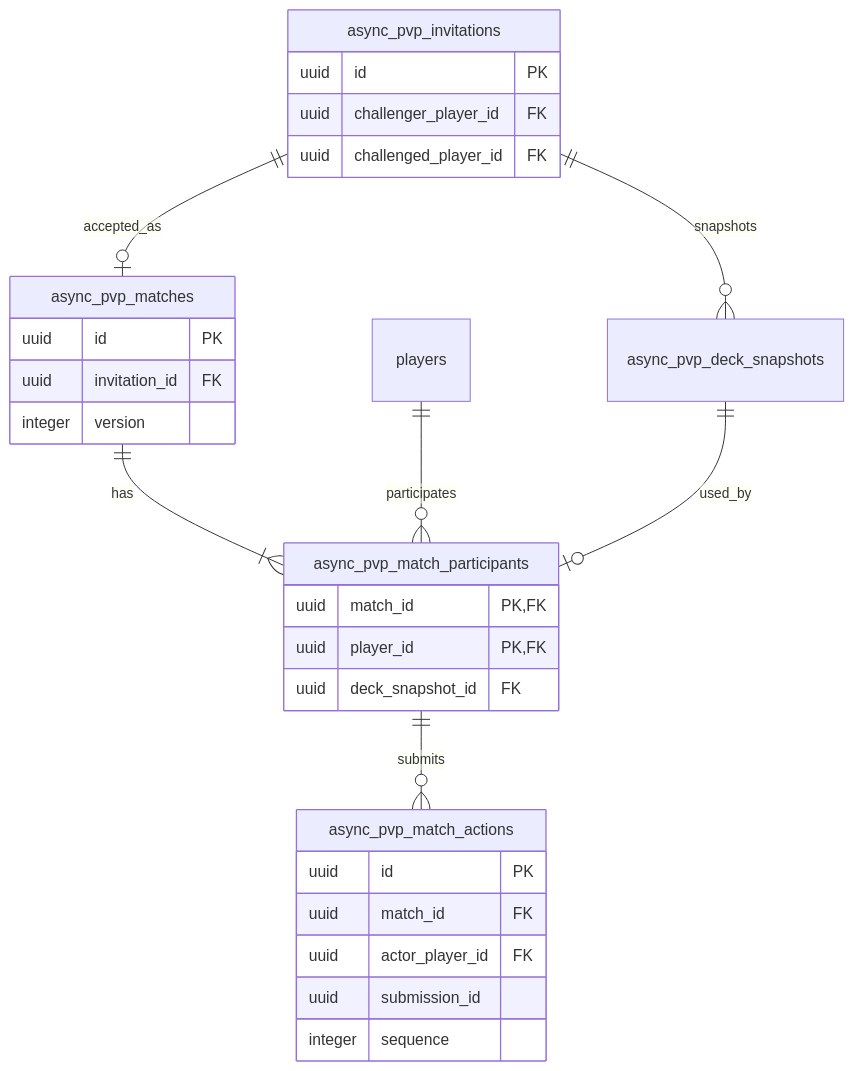
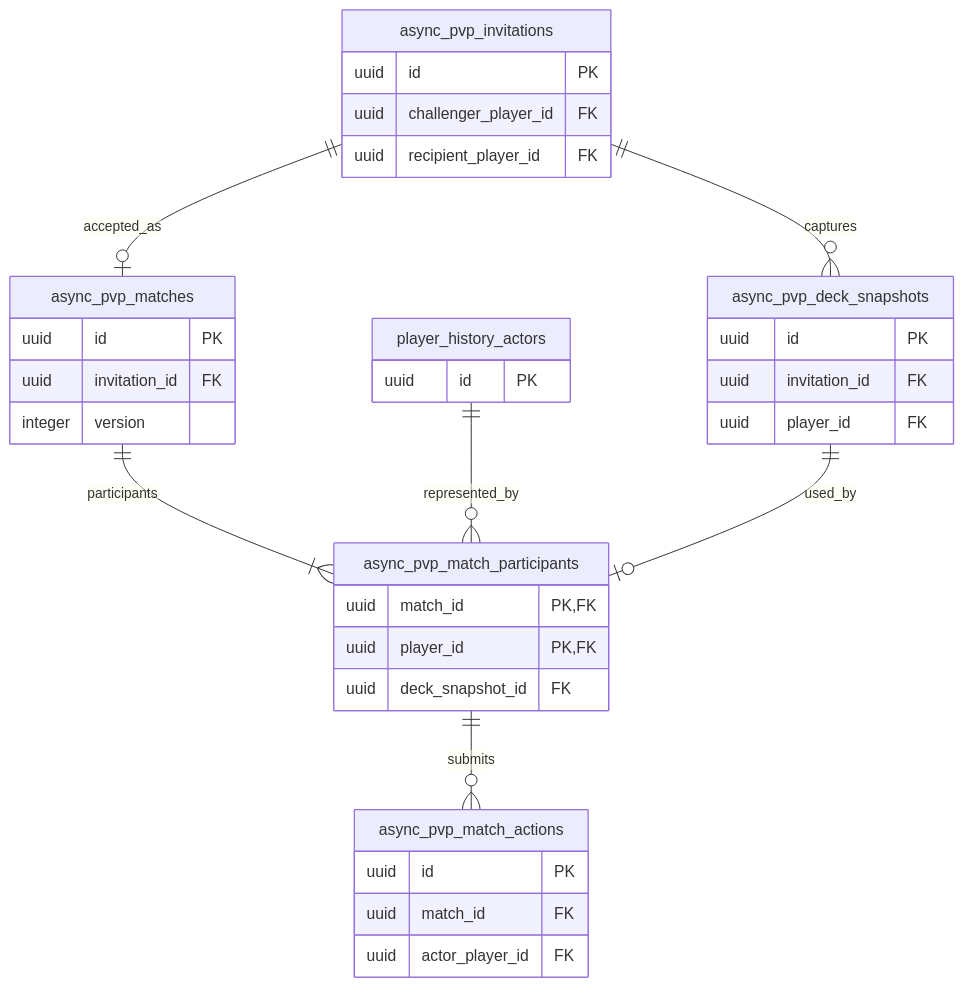
Before and after one commit to Gradient-Ascenders/Wits-World: the second of 5 diagrams in docs/architecture/diagrams/database-battles.md, drawn with Mermaid. The commit also changed other lines of this file and 28 other files, not shown here.

First line of the commit message:
[docs] refresh setup and architecture guides and diagrams

````diff
--- a/docs/architecture/diagrams/database-battles.md
+++ b/docs/architecture/diagrams/database-battles.md
@@ -77,33 +75,42 @@
 ```mermaid
 erDiagram
-    accTitle: Asynchronous player battle database relationships
-    accDescr: An invitation can create one match. Players join through match participants, each using a private deck snapshot. Participant actions are stored in order.
+    direction TB
+    accTitle: Accepted invitations create asynchronous matches
+    accDescr: An invitation can create one match. Its private deck snapshots belong to historical actors and are used by match participants. Exactly two participants play a committed match, and their actions are stored in order.
+
     async_pvp_invitations ||--o| async_pvp_matches : accepted_as
-    async_pvp_invitations ||--o{ async_pvp_deck_snapshots : snapshots
-    async_pvp_matches ||--|{ async_pvp_match_participants : has
-    players ||--o{ async_pvp_match_participants : participates
+    async_pvp_invitations ||--o{ async_pvp_deck_snapshots : captures
+    async_pvp_matches ||--|{ async_pvp_match_participants : participants
+    player_history_actors ||--o{ async_pvp_match_participants : represented_by
     async_pvp_deck_snapshots ||--o| async_pvp_match_participants : used_by
     async_pvp_match_participants ||--o{ async_pvp_match_actions : submits
+
     async_pvp_invitations {
         uuid id PK
         uuid challenger_player_id FK
-        uuid challenged_player_id FK
+        uuid recipient_player_id FK
     }
     async_pvp_matches {
         uuid id PK
         uuid invitation_id FK
         integer version
+    }
+    async_pvp_deck_snapshots {
+        uuid id PK
+        uuid invitation_id FK
+        uuid player_id FK
+    }
+    player_history_actors {
+        uuid id PK
     }
     async_pvp_match_participants {
         uuid match_id PK, FK
         uuid player_id PK, FK
         uuid deck_snapshot_id FK
     }
     async_pvp_match_actions {
         uuid id PK
         uuid match_id FK
         uuid actor_player_id FK
-        uuid submission_id
-        integer sequence
     }
 ```
````
